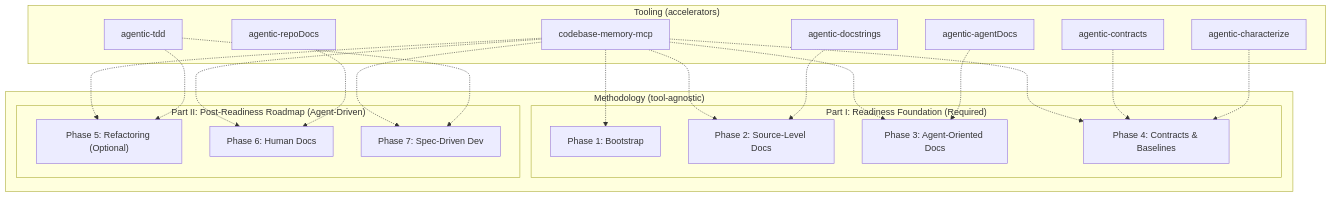
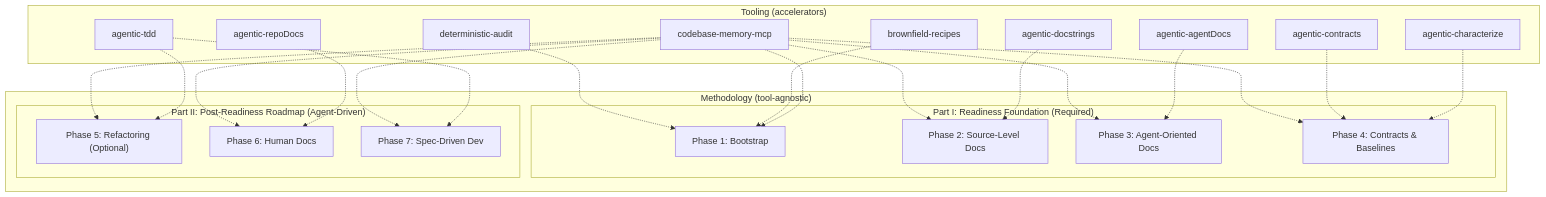
The first of 2 diagrams in shared/Tool-Ecosystem.md (Nistapp/codebase-agentic-readiness-framework), drawn with Mermaid before and after one commit. The commit also changed other lines of this file, not shown here.

First line of the commit message:
docs(shared): add the audit engine and the brownfield recipes to the tool ecosystem

````diff
--- a/shared/Tool-Ecosystem.md
+++ b/shared/Tool-Ecosystem.md
@@ -10,41 +10,45 @@
 ```mermaid
 graph TB
     subgraph "Methodology (tool-agnostic)"
         subgraph "Part I: Readiness Foundation (Required)"
             M1["Phase 1: Bootstrap"]
             M2["Phase 2: Source-Level Docs"]
             M3["Phase 3: Agent-Oriented Docs"]
             M4["Phase 4: Contracts & Baselines"]
         end
         subgraph "Part II: Post-Readiness Roadmap (Agent-Driven)"
             M5["Phase 5: Refactoring (Optional)"]
             M6["Phase 6: Human Docs"]
             M7["Phase 7: Spec-Driven Dev"]
         end
     end
 
     subgraph "Tooling (accelerators)"
         T1["codebase-memory-mcp"]
         T2["agentic-tdd"]
         T3["agentic-docstrings"]
         T4["agentic-agentDocs"]
         T5["agentic-contracts"]
         T6["agentic-characterize"]
         T7["agentic-repoDocs"]
+        T8["deterministic-audit"]
+        T9["brownfield-recipes"]
     end
 
+    T8 -.-> M1
+    T9 -.-> M1
     T1 -.-> M1
     T1 -.-> M2
     T1 -.-> M3
     T1 -.-> M4
     T1 -.-> M5
     T1 -.-> M6
     T1 -.-> M7
     T2 -.-> M5
     T2 -.-> M7
     T3 -.-> M2
     T4 -.-> M3
     T5 -.-> M4
     T6 -.-> M4
     T7 -.-> M6
 ```
````
